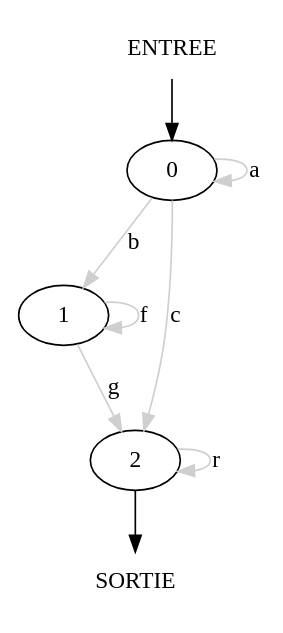
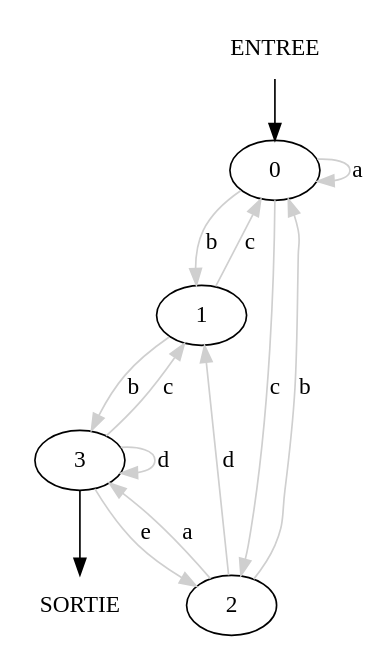
One commit to Y7T007/PROJECT_THL_GI changed the diagram in cmake-build-debug/ff2.dot. Above: the diagram before and after it, drawn with Graphviz. The commit also changed 7 other files, not shown here.

```diff
--- a/cmake-build-debug/ff2.dot
+++ b/cmake-build-debug/ff2.dot
@@ -1,14 +1,20 @@
 digraph test_graph{
 e[ label="ENTREE" shape=none]
 s[ label="SORTIE" shape=none]
 0 [label="0"]
 1 [label="1"]
-2 [label="2"];
+2 [label="2"]
+3 [label="3"];
 e -> 0  ;
 0 -> 0 [label="a" color=grey81 ] 
 0 -> 1 [label="b" color=grey81 ] 
 0 -> 2 [label="c" color=grey81 ] 
-1 -> 1 [label="f" color=grey81 ] 
-1 -> 2 [label="g" color=grey81 ] 
-2 -> s ;
-2 -> 2 [label="r" color=grey81 ] }
+1 -> 0 [label="c" color=grey81 ] 
+1 -> 3 [label="b" color=grey81 ] 
+2 -> 0 [label="b" color=grey81 ] 
+2 -> 1 [label="d" color=grey81 ] 
+2 -> 3 [label="a" color=grey81 ] 
+3 -> s ;
+3 -> 1 [label="c" color=grey81 ] 
+3 -> 2 [label="e" color=grey81 ] 
+3 -> 3 [label="d" color=grey81 ] }
```
